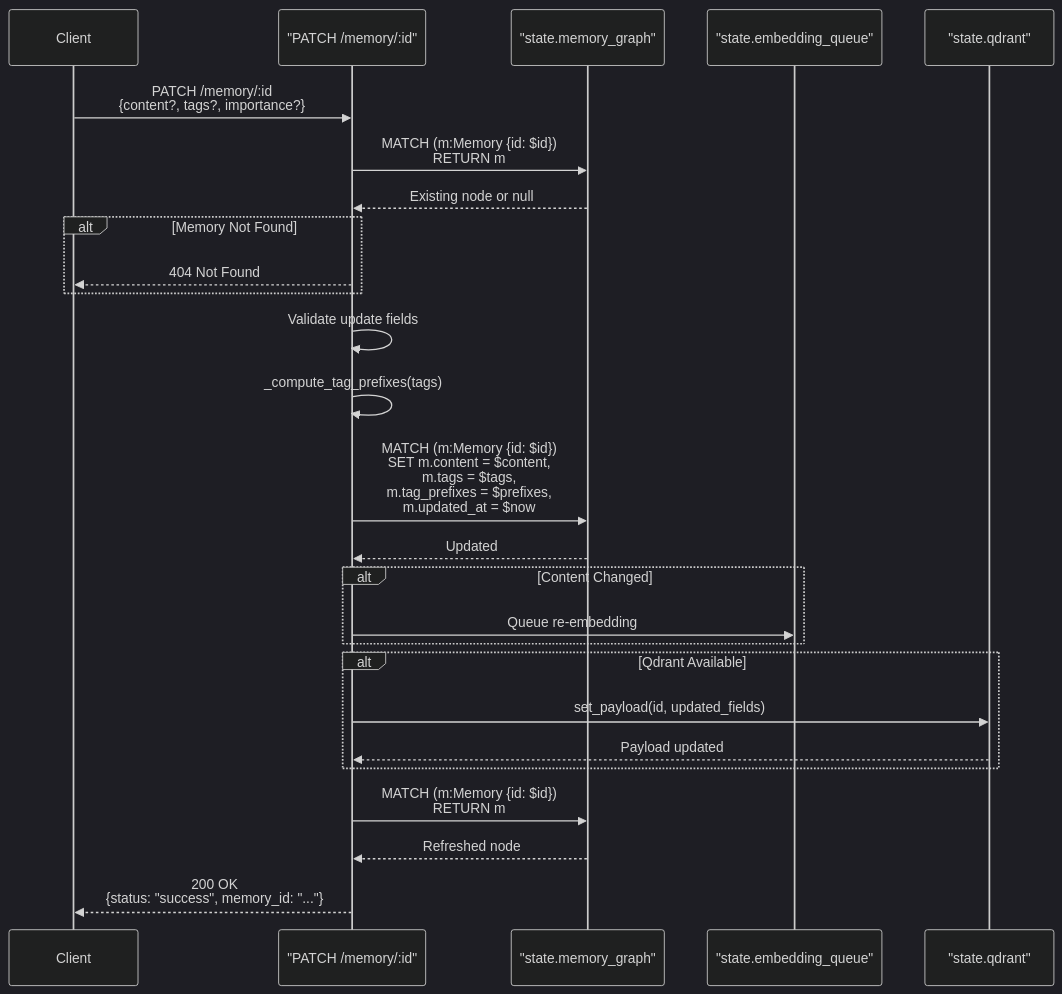
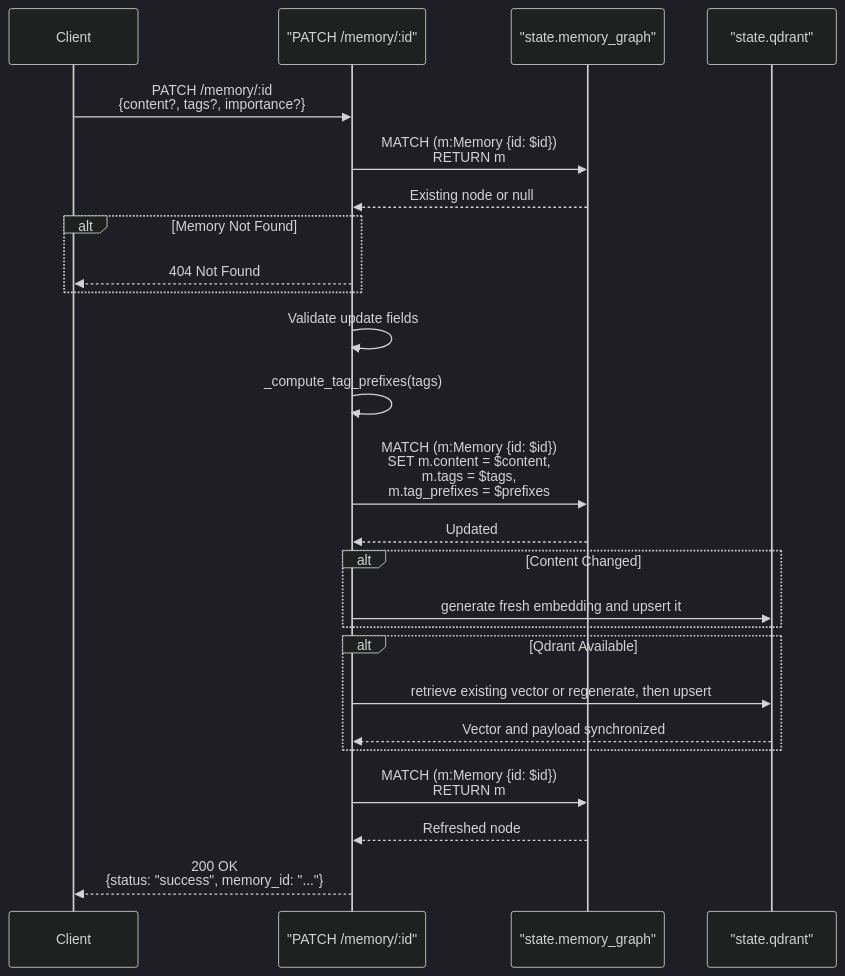
One commit to verygoodplugins/automem-website changed the third of 4 diagrams in src/content/docs/docs/reference/api/memory-operations.md. Above: the diagram before and after it, drawn with Mermaid (dark theme). The commit also changed other lines of this file and 2 other files, not shown here.

First line of the commit message:
docs: align memory operations with current releases (#363)

````diff
--- a/src/content/docs/docs/reference/api/memory-operations.md
+++ b/src/content/docs/docs/reference/api/memory-operations.md
@@ -460,37 +468,36 @@
 ```mermaid
 sequenceDiagram
     participant Client
     participant PATCH_endpoint as "PATCH /memory/:id"
     participant Graph as "state.memory_graph"
-    participant EmbedQ as "state.embedding_queue"
     participant Qdrant as "state.qdrant"
 
     Client->>PATCH_endpoint: PATCH /memory/:id<br/>{content?, tags?, importance?}
 
     PATCH_endpoint->>Graph: MATCH (m:Memory {id: $id})<br/>RETURN m
     Graph-->>PATCH_endpoint: Existing node or null
 
     alt Memory Not Found
         PATCH_endpoint-->>Client: 404 Not Found
     end
 
     PATCH_endpoint->>PATCH_endpoint: Validate update fields
     PATCH_endpoint->>PATCH_endpoint: _compute_tag_prefixes(tags)
 
-    PATCH_endpoint->>Graph: MATCH (m:Memory {id: $id})<br/>SET m.content = $content,<br/>m.tags = $tags,<br/>m.tag_prefixes = $prefixes,<br/>m.updated_at = $now
+    PATCH_endpoint->>Graph: MATCH (m:Memory {id: $id})<br/>SET m.content = $content,<br/>m.tags = $tags,<br/>m.tag_prefixes = $prefixes
     Graph-->>PATCH_endpoint: Updated
 
     alt Content Changed
-        PATCH_endpoint->>EmbedQ: Queue re-embedding
+        PATCH_endpoint->>Qdrant: generate fresh embedding and upsert it
     end
 
     alt Qdrant Available
-        PATCH_endpoint->>Qdrant: set_payload(id, updated_fields)
-        Qdrant-->>PATCH_endpoint: Payload updated
+        PATCH_endpoint->>Qdrant: retrieve existing vector or regenerate, then upsert
+        Qdrant-->>PATCH_endpoint: Vector and payload synchronized
     end
 
     PATCH_endpoint->>Graph: MATCH (m:Memory {id: $id})<br/>RETURN m
     Graph-->>PATCH_endpoint: Refreshed node
 
     PATCH_endpoint-->>Client: 200 OK<br/>{status: "success", memory_id: "..."}
 ```
````
